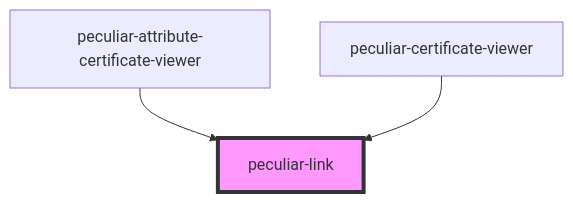
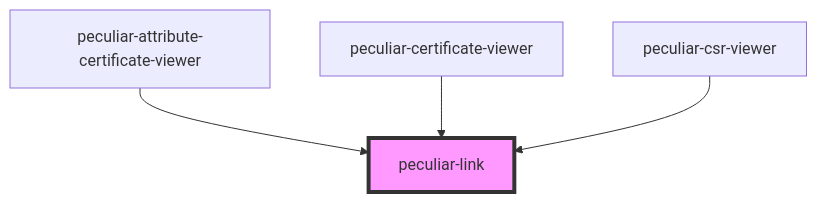
Before and after one commit to PeculiarVentures/pv-certificates-viewer: the diagram in packages/webcomponents/src/components/link/readme.md, drawn with Mermaid. The commit also changed other lines of this file and 6 other files, not shown here.

Commit message:
feat(webcomponents): add CSR viewer to certificate decode component

````diff
--- a/packages/webcomponents/src/components/link/readme.md
+++ b/packages/webcomponents/src/components/link/readme.md
@@ -24,6 +25,7 @@
 ```mermaid
 graph TD;
   peculiar-attribute-certificate-viewer --> peculiar-link
   peculiar-certificate-viewer --> peculiar-link
+  peculiar-csr-viewer --> peculiar-link
   style peculiar-link fill:#f9f,stroke:#333,stroke-width:4px
 ```
````
